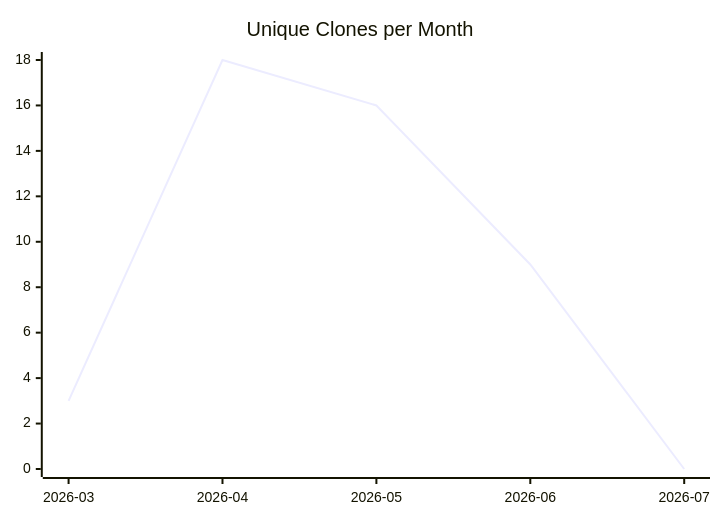
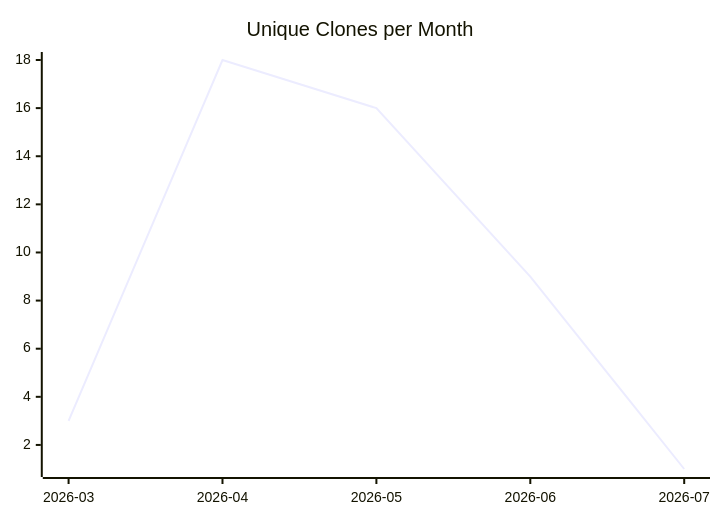
Before and after one commit to justdavis-family/github-analytics-data: the third of 3 diagrams in karlmdavis/jessentials/README.md, drawn with Mermaid. The commit also changed other lines of this file and 185 other files, not shown here.

````diff
--- a/karlmdavis/jessentials/README.md
+++ b/karlmdavis/jessentials/README.md
@@ -19,6 +19,6 @@
 ```mermaid
 xychart-beta
   title "Unique Clones per Month"
   x-axis ["2026-03", "2026-04", "2026-05", "2026-06", "2026-07"]
-  line [3, 18, 16, 9, 0]
+  line [3, 18, 16, 9, 1]
 ```
````
